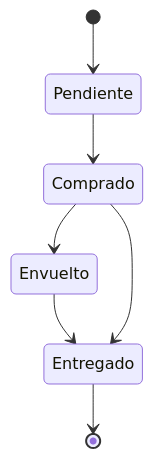
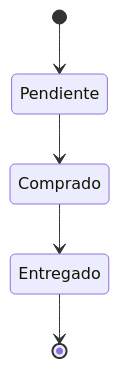
Before and after one commit to oscarini-garcia/garciadoral-ops: the third of 7 diagrams in specs/modelo-datos.md, drawn with Mermaid. The commit also changed other lines of this file and 13 other files, not shown here.

````diff
--- a/specs/modelo-datos.md
+++ b/specs/modelo-datos.md
@@ -209,9 +211,7 @@
 ```mermaid
 stateDiagram-v2
     [*] --> Pendiente
     Pendiente --> Comprado
-    Comprado --> Envuelto
-    Envuelto --> Entregado
     Comprado --> Entregado
     Entregado --> [*]
 ```
````
